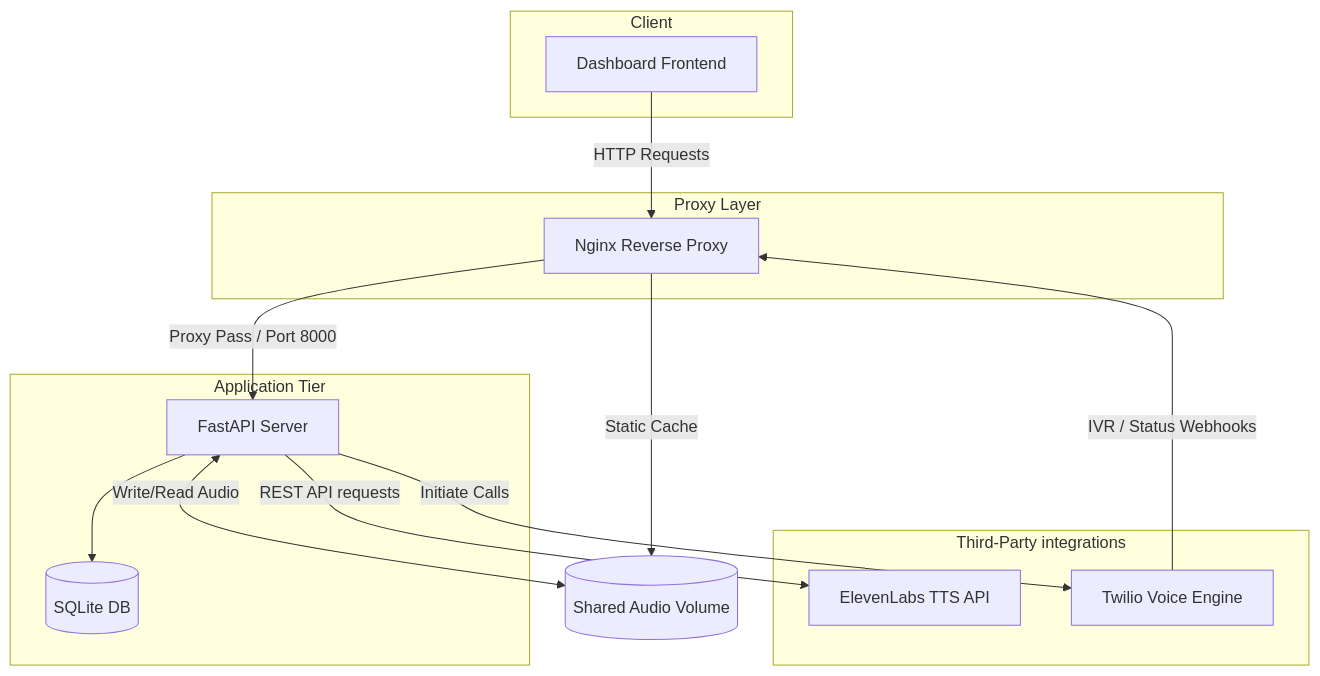
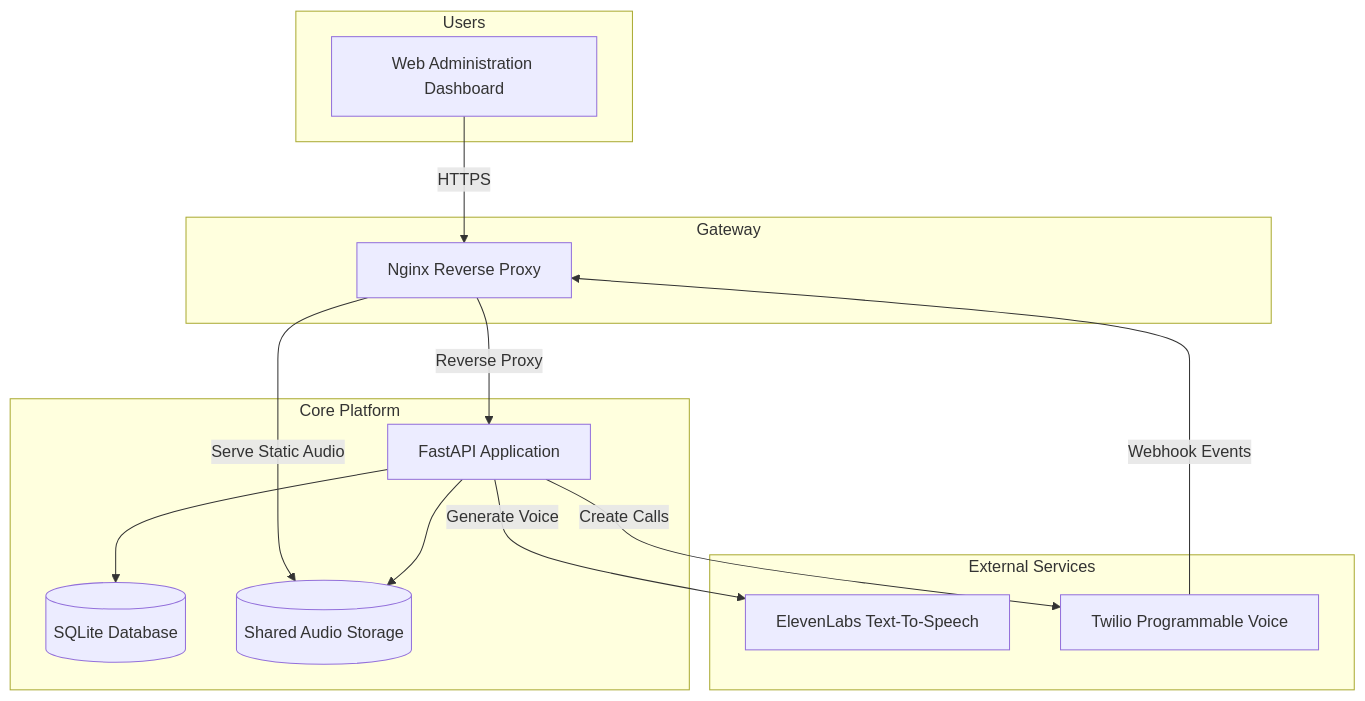
Before and after one commit to kishormahmud9/PetConnect-Voice-Outreach-Platform: the diagram in README.md, drawn with Mermaid. The commit also changed other lines of this file, not shown here.

````diff
--- a/README.md
+++ b/README.md
@@ -9,26 +9,35 @@
 ```mermaid
 flowchart TD
-    subgraph Client
-        Browser[Dashboard Frontend]
+
+    subgraph Users
+        Admin[Web Administration Dashboard]
     end
-    subgraph Proxy Layer
+
+    subgraph Gateway
         Nginx[Nginx Reverse Proxy]
     end
-    subgraph Application Tier
-        FastAPI[FastAPI Server]
-        SQLite[(SQLite DB)]
-    end
-    subgraph Third-Party integrations
-        ElevenLabs[ElevenLabs TTS API]
-        Twilio[Twilio Voice Engine]
+
+    subgraph Core Platform
+        FastAPI[FastAPI Application]
+        SQLite[(SQLite Database)]
+        Audio[(Shared Audio Storage)]
     end
 
-    Browser -->|HTTP Requests| Nginx
-    Nginx -->|Proxy Pass / Port 8000| FastAPI
-    Nginx -->|Static Cache| AudioFiles[(Shared Audio Volume)]
+    subgraph External Services
+        ElevenLabs[ElevenLabs Text-To-Speech]
+        Twilio[Twilio Programmable Voice]
+    end
+
+    Admin -->|HTTPS| Nginx
+
+    Nginx -->|Reverse Proxy| FastAPI
+    Nginx -->|Serve Static Audio| Audio
+
     FastAPI --> SQLite
-    FastAPI -->|REST API requests| ElevenLabs
-    FastAPI -->|Initiate Calls| Twilio
-    Twilio -->|IVR / Status Webhooks| Nginx
-    FastAPI <-->|Write/Read Audio| AudioFiles
+    FastAPI --> Audio
+
+    FastAPI -->|Generate Voice| ElevenLabs
+    FastAPI -->|Create Calls| Twilio
+
+    Twilio -->|Webhook Events| Nginx
 ```
````
